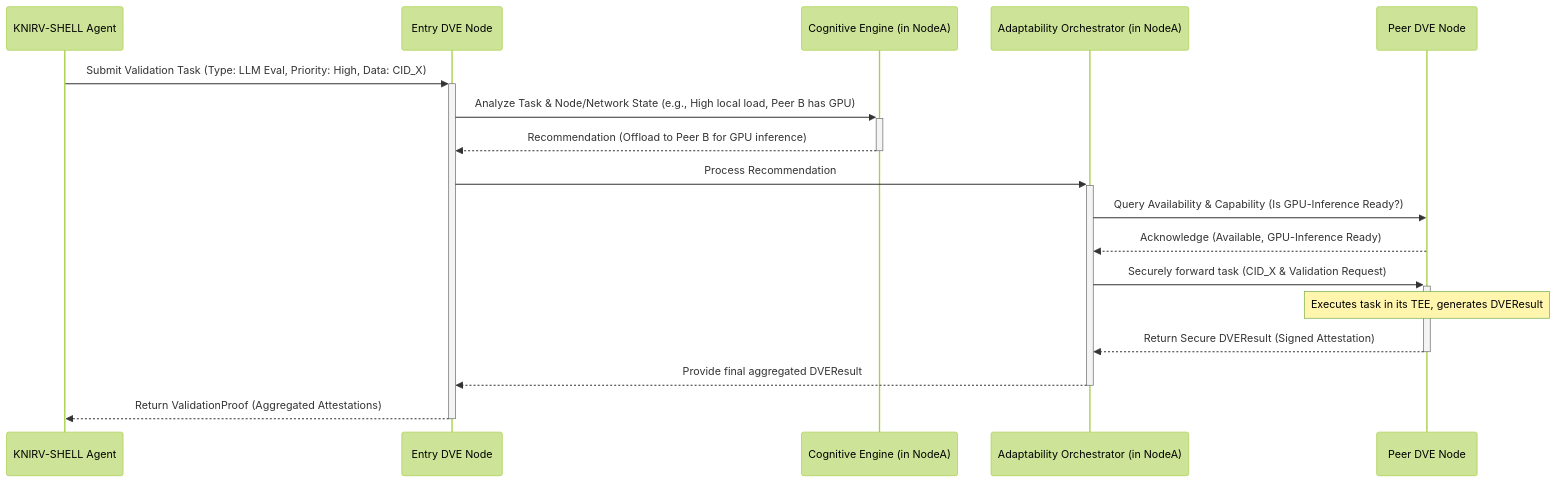
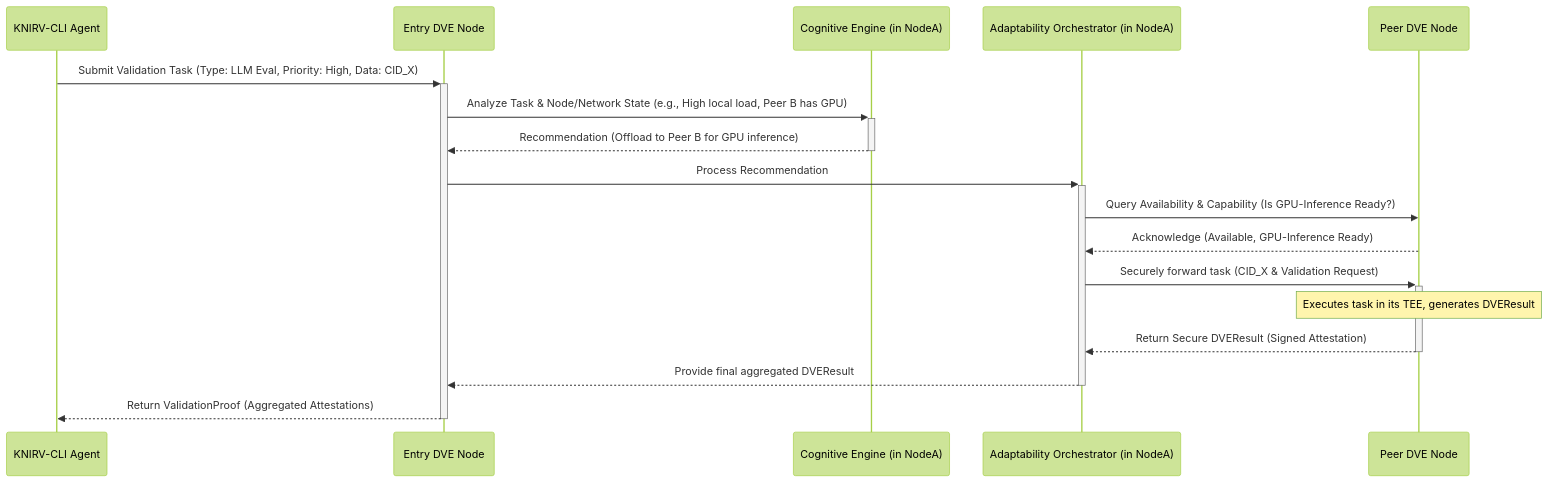
Before and after one commit to guiperry/KNIRV_NETWORK: the third of 3 diagrams in KNIRVGATEWAY/documentation/docsify/whitepapers/KNIRV-NEXUS_Whitepaper.md, drawn with Mermaid (forest theme). The commit also changed other lines of this file and 1506 other files, not shown here.

````diff
--- a/KNIRVGATEWAY/documentation/docsify/whitepapers/KNIRV-NEXUS_Whitepaper.md
+++ b/KNIRVGATEWAY/documentation/docsify/whitepapers/KNIRV-NEXUS_Whitepaper.md
@@ -173,20 +173,20 @@
 ```mermaid
 sequenceDiagram
-    participant KS as KNIRV-SHELL Agent
+    participant KS as KNIRV-CLI Agent
     participant NodeA as Entry DVE Node
     participant CogEngine as Cognitive Engine (in NodeA)
     participant Orchestrator as Adaptability Orchestrator (in NodeA)
     participant NodeB as Peer DVE Node
 
     KS->>+NodeA: Submit Validation Task (Type: LLM Eval, Priority: High, Data: CID_X)
     NodeA->>+CogEngine: Analyze Task & Node/Network State (e.g., High local load, Peer B has GPU)
     CogEngine-->>-NodeA: Recommendation (Offload to Peer B for GPU inference)
     NodeA->>+Orchestrator: Process Recommendation
     Orchestrator->>NodeB: Query Availability & Capability (Is GPU-Inference Ready?)
     NodeB-->>Orchestrator: Acknowledge (Available, GPU-Inference Ready)
     Orchestrator->>+NodeB: Securely forward task (CID_X & Validation Request)
     Note over NodeB: Executes task in its TEE, generates DVEResult
     NodeB-->>-Orchestrator: Return Secure DVEResult (Signed Attestation)
     Orchestrator-->>-NodeA: Provide final aggregated DVEResult
     NodeA-->>-KS: Return ValidationProof (Aggregated Attestations)
 ```
````
